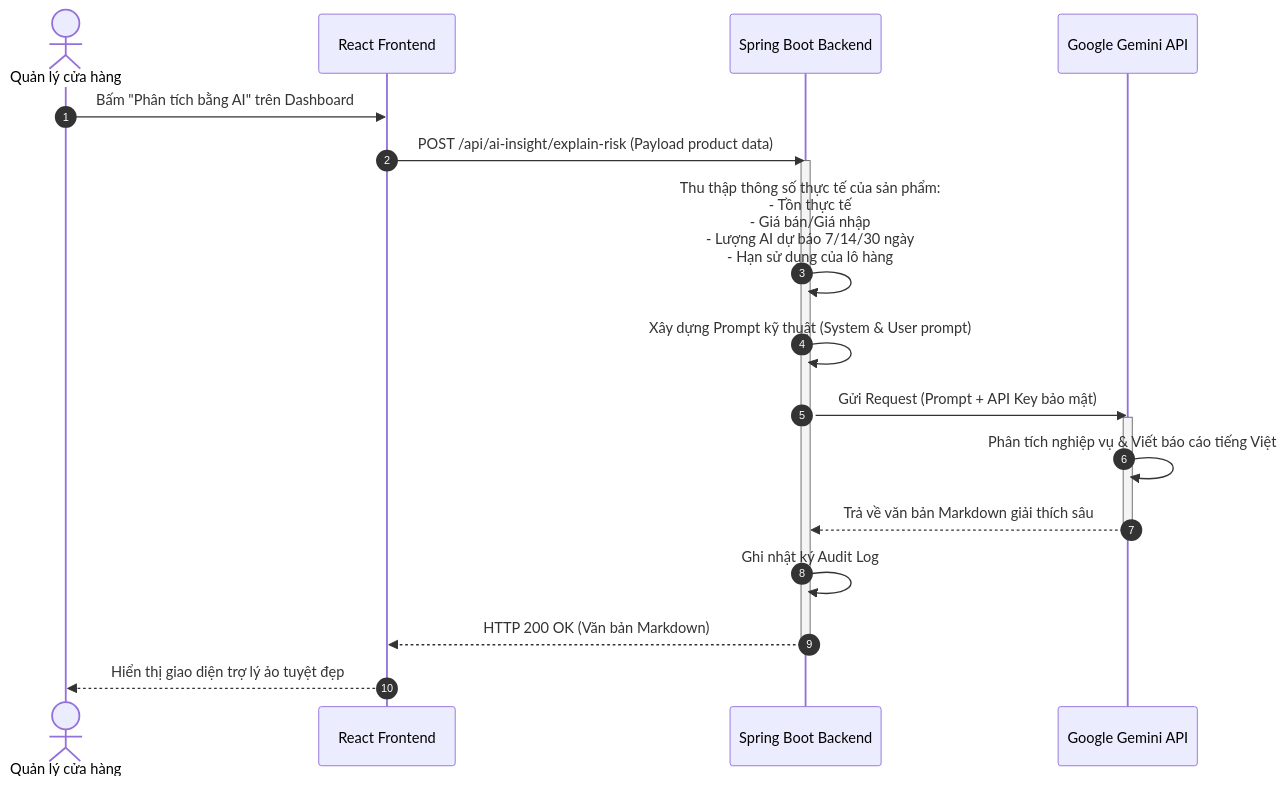
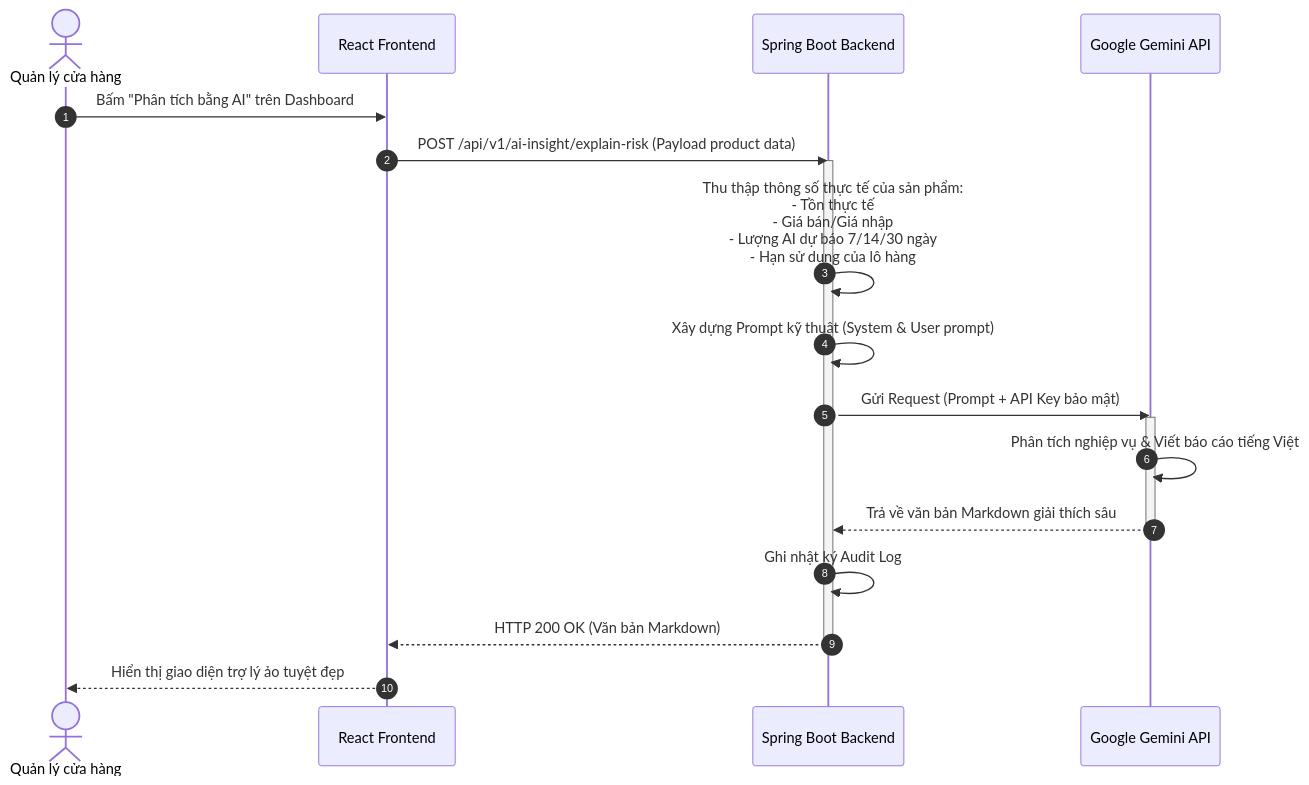
The second of 2 diagrams in docs/05-ai-forecasting.md (datnguyencoder/smartAI), drawn with Mermaid before and after one commit. The commit also changed 10 other files, not shown here.

First line of the commit message:
feat: inventory query APIs and business flow blueprint documentation

````diff
--- a/docs/05-ai-forecasting.md
+++ b/docs/05-ai-forecasting.md
@@ -98,26 +98,26 @@
 ```mermaid
 sequenceDiagram
     autonumber
     actor Manager as Quản lý cửa hàng
     participant FE as React Frontend
     participant BE as Spring Boot Backend
     participant Gemini as Google Gemini API
 
     Manager->>FE: Bấm "Phân tích bằng AI" trên Dashboard
-    FE->>BE: POST /api/ai-insight/explain-risk (Payload product data)
+    FE->>BE: POST /api/v1/ai-insight/explain-risk (Payload product data)
     
     activate BE
     BE->>BE: Thu thập thông số thực tế của sản phẩm:<br>- Tồn thực tế<br>- Giá bán/Giá nhập<br>- Lượng AI dự báo 7/14/30 ngày<br>- Hạn sử dụng của lô hàng
     BE->>BE: Xây dựng Prompt kỹ thuật (System & User prompt)
     BE->>Gemini: Gửi Request (Prompt + API Key bảo mật)
     
     activate Gemini
     Gemini->>Gemini: Phân tích nghiệp vụ & Viết báo cáo tiếng Việt
     Gemini-->>BE: Trả về văn bản Markdown giải thích sâu
     deactivate Gemini
     
     BE->>BE: Ghi nhật ký Audit Log
     BE-->>FE: HTTP 200 OK (Văn bản Markdown)
     deactivate BE
     FE-->>Manager: Hiển thị giao diện trợ lý ảo tuyệt đẹp
 ```
````
